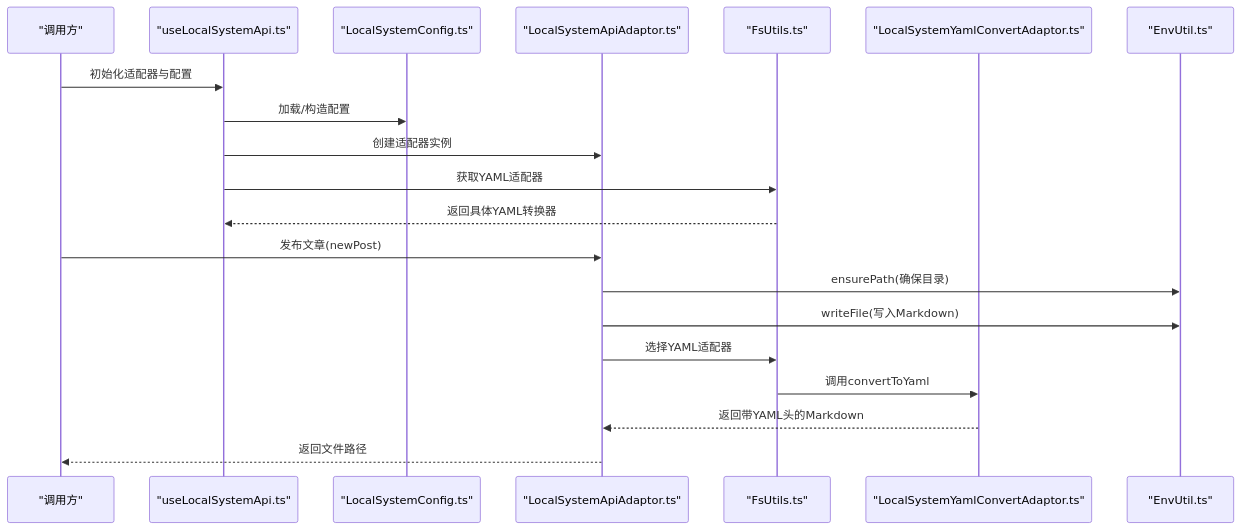
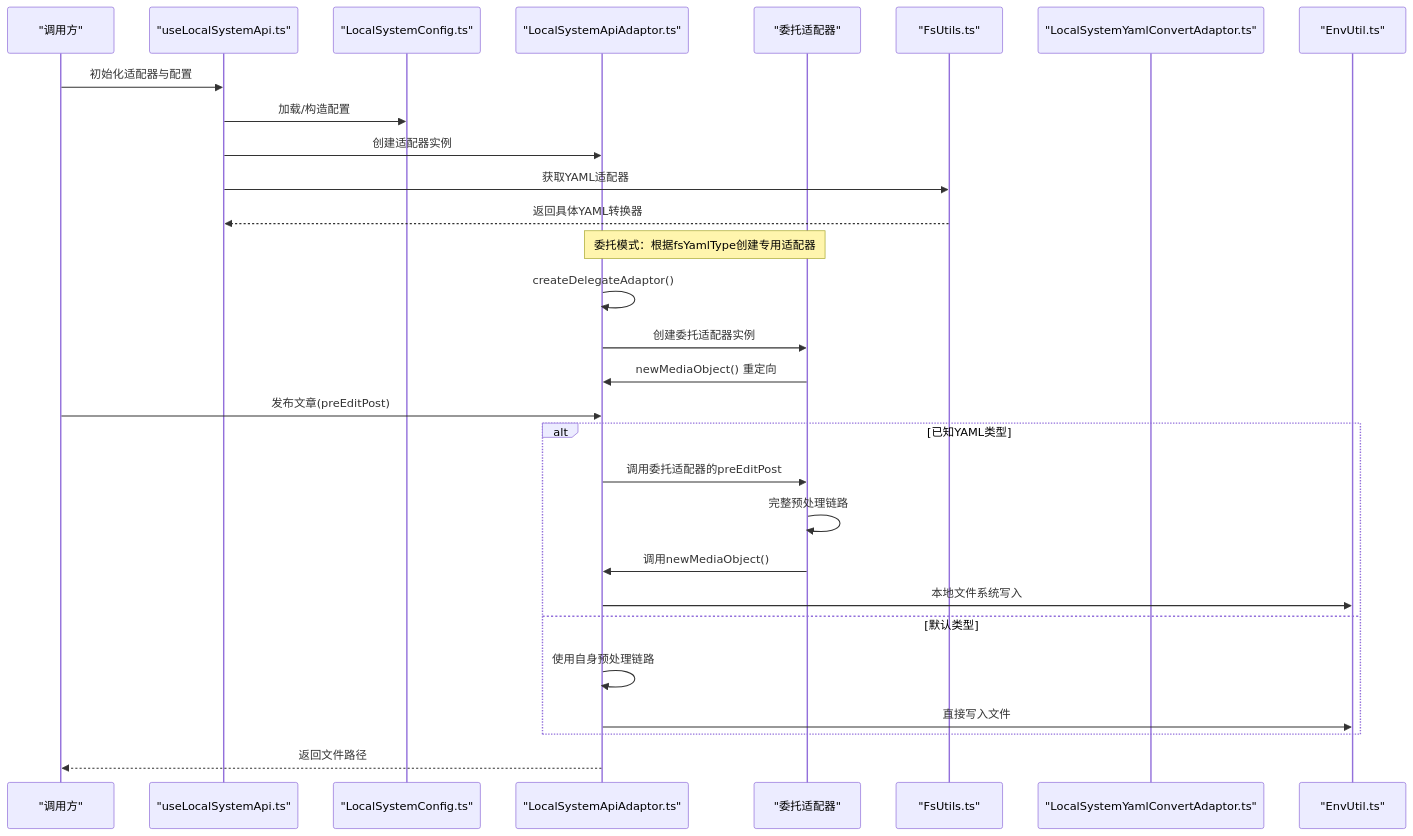
Before and after one commit to terwer/siyuan-plugin-publisher: the second of 6 diagrams in .qoder/repowiki/zh/content/平台适配器系统/文件系统适配器.md, drawn with Mermaid. The commit also changed other lines of this file and 5 other files, not shown here.

````diff
--- a/.qoder/repowiki/zh/content/平台适配器系统/文件系统适配器.md
+++ b/.qoder/repowiki/zh/content/平台适配器系统/文件系统适配器.md
@@ -100,22 +118,31 @@
 ```mermaid
 sequenceDiagram
 participant UI as "调用方"
 participant Use as "useLocalSystemApi.ts"
 participant Cfg as "LocalSystemConfig.ts"
 participant Ad as "LocalSystemApiAdaptor.ts"
+participant Delegate as "委托适配器"
 participant YF as "FsUtils.ts"
 participant YD as "LocalSystemYamlConvertAdaptor.ts"
 participant FS as "EnvUtil.ts"
 UI->>Use : 初始化适配器与配置
 Use->>Cfg : 加载/构造配置
 Use->>Ad : 创建适配器实例
 Use->>YF : 获取YAML适配器
 YF-->>Use : 返回具体YAML转换器
-UI->>Ad : 发布文章(newPost)
-Ad->>FS : ensurePath(确保目录)
-Ad->>FS : writeFile(写入Markdown)
-Ad->>YF : 选择YAML适配器
-YF->>YD : 调用convertToYaml
-YD-->>Ad : 返回带YAML头的Markdown
+Note over Ad,Delegate : 委托模式：根据fsYamlType创建专用适配器
+Ad->>Ad : createDelegateAdaptor()
+Ad->>Delegate : 创建委托适配器实例
+Delegate->>Ad : newMediaObject() 重定向
+UI->>Ad : 发布文章(preEditPost)
+Alt 已知YAML类型
+Ad->>Delegate : 调用委托适配器的preEditPost
+Delegate->>Delegate : 完整预处理链路
+Delegate->>Ad : 调用newMediaObject()
+Ad->>FS : 本地文件系统写入
+else 默认类型
+Ad->>Ad : 使用自身预处理链路
+Ad->>FS : 直接写入文件
+end
 Ad-->>UI : 返回文件路径
 ```
````
